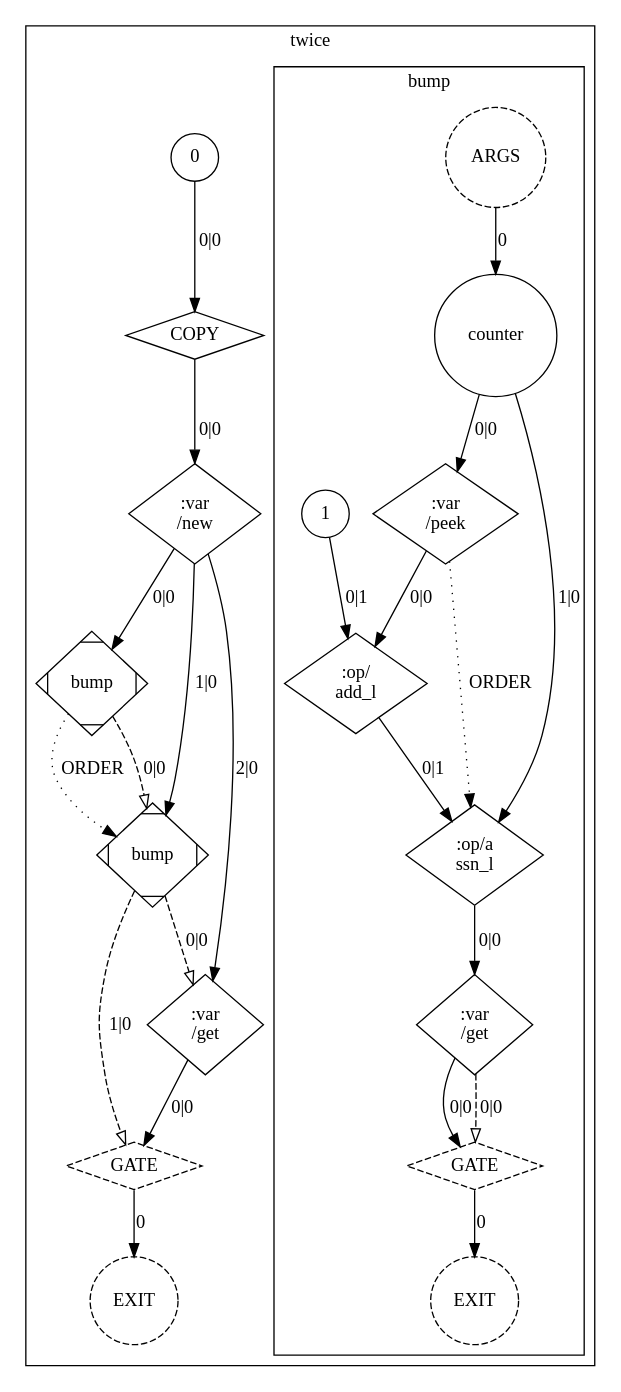
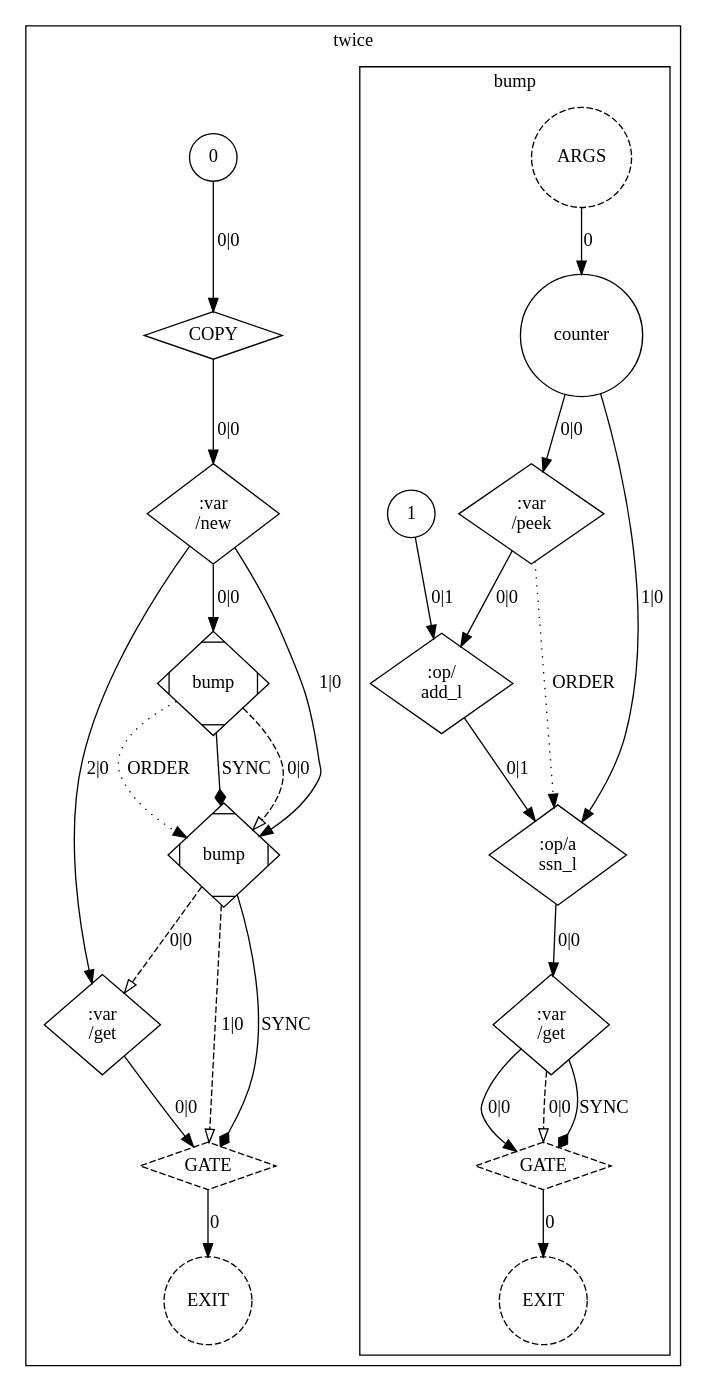
Before and after one commit to OpenCML/Camel: the diagram in docs/tutorial/images/10_var_order.dot, drawn with Graphviz. The commit also changed 6 other files, not shown here.

```diff
--- a/docs/tutorial/images/10_var_order.dot
+++ b/docs/tutorial/images/10_var_order.dot
@@ -1,49 +1,52 @@
 digraph GraphIR {
         subgraph cluster_F02 {
             label="twice";
             tooltip="() => int pure";
             subgraph cluster_F03 {
                 label="bump";
                 tooltip="(var counter: int) => int uses counter";
                 F03 [label="ARGS", type="ARGS", style=dashed, shape=circle];
                 O03 [label="EXIT", type="EXIT", style=dashed, shape=circle];
                 N00 [label="counter", type="PORT", param_name="counter", param_kind="normal", param_index="0", value_type="var int", shape=circle, style=solid, tooltip="counter"];
                 N01 [label="1", type="DATA", shape=circle, style=solid, value_type="int", tooltip="1"];
                 N02 [label=":var\n/peek", type="OPER", shape=diamond, style=solid, value_type="int", tooltip=":var/peek"];
                 N03 [label=":op/\nadd_l", type="OPER", shape=diamond, style=solid, value_type="int", tooltip=":op/add_l"];
                 N04 [label=":op/a\nssn_l", type="OPER", shape=diamond, style=solid, value_type="var int", tooltip=":op/assn_l"];
                 N05 [label=":var\n/get", type="OPER", shape=diamond, style=solid, value_type="int", tooltip=":var/get"];
                 N06 [label="GATE", type="GATE", shape=diamond, style=dashed, value_type="int", tooltip="GATE"];
                 F03 -> N00 [label="0", type="NORM_PORT", style=solid];
                 N06 -> O03 [label="0", type="EXIT", style=solid];
                 N00 -> N02 [label="0|0", type="NORM"];
                 N02 -> N03 [label="0|0", type="NORM"];
                 N01 -> N03 [label="0|1", type="NORM"];
                 N00 -> N04 [label="1|0", type="NORM"];
                 N03 -> N04 [label="0|1", type="NORM"];
                 N02 -> N04 [label="ORDER", type="ORDER", style=dotted];
                 N04 -> N05 [label="0|0", type="NORM"];
                 N05 -> N06 [label="0|0", type="NORM"];
                 N05 -> N06 [label="0|0", type="CTRL", style=dashed, arrowhead=empty];
+                N05 -> N06 [label="SYNC", type="SYNC", style=solid, arrowhead=diamond];
             }
             O02 [label="EXIT", type="EXIT", style=dashed, shape=circle];
             N07 [label="0", type="DATA", shape=circle, style=solid, value_type="int", tooltip="0"];
             N08 [label="COPY", type="COPY", shape=diamond, style=solid, value_type="int", tooltip="COPY"];
             N09 [label=":var\n/new", type="OPER", shape=diamond, style=solid, value_type="var int", tooltip=":var/new"];
             N0A [label="bump", type="FUNC", shape=Mdiamond, style=solid, width=1.1, height=1.1, value_type="int", tooltip="bump"];
             N0B [label="bump", type="FUNC", shape=Mdiamond, style=solid, width=1.1, height=1.1, value_type="int", tooltip="bump"];
             N0C [label=":var\n/get", type="OPER", shape=diamond, style=solid, value_type="int", tooltip=":var/get"];
             N0D [label="GATE", type="GATE", shape=diamond, style=dashed, value_type="int", tooltip="GATE"];
             N0D -> O02 [label="0", type="EXIT", style=solid];
             N07 -> N08 [label="0|0", type="NORM"];
             N08 -> N09 [label="0|0", type="NORM"];
             N09 -> N0A [label="0|0", type="NORM"];
             N09 -> N0B [label="1|0", type="NORM"];
             N0A -> N0B [label="0|0", type="CTRL", style=dashed, arrowhead=empty];
             N0A -> N0B [label="ORDER", type="ORDER", style=dotted];
+            N0A -> N0B [label="SYNC", type="SYNC", style=solid, arrowhead=diamond];
             N09 -> N0C [label="2|0", type="NORM"];
             N0B -> N0C [label="0|0", type="CTRL", style=dashed, arrowhead=empty];
             N0C -> N0D [label="0|0", type="NORM"];
             N0B -> N0D [label="1|0", type="CTRL", style=dashed, arrowhead=empty];
+            N0B -> N0D [label="SYNC", type="SYNC", style=solid, arrowhead=diamond];
         }
 }
```
